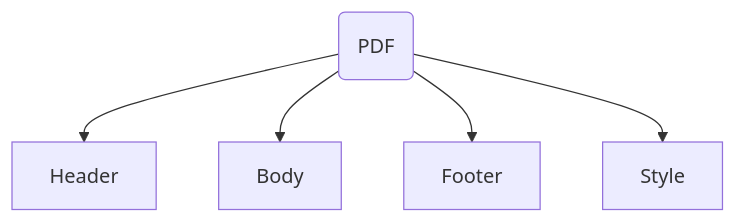
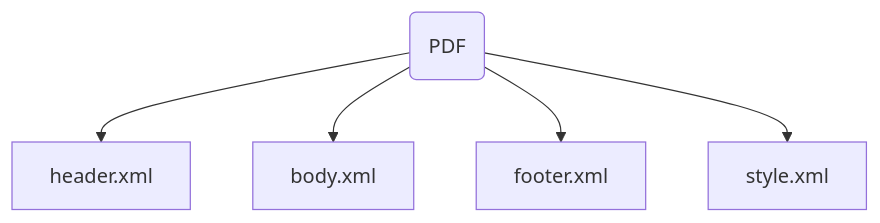
The diagram in content/Desarrollador/PDFs/configuracion.rst (linkaform/documentation), drawn with Mermaid before and after one commit. The commit also changed other lines of this file and 4 other files, not shown here.

```diff
--- a/content/Desarrollador/PDFs/configuracion.rst
+++ b/content/Desarrollador/PDFs/configuracion.rst
@@ -176,9 +169,9 @@
 .. mermaid::
 
    graph TB
      
    A(PDF)
-   A --> B[Header]
-   A --> C[Body]
-   A --> D[Footer]
-   A --> E[Style]
+   A --> B[header.xml]
+   A --> C[body.xml]
+   A --> D[footer.xml]
+   A --> E[style.xml]
```
